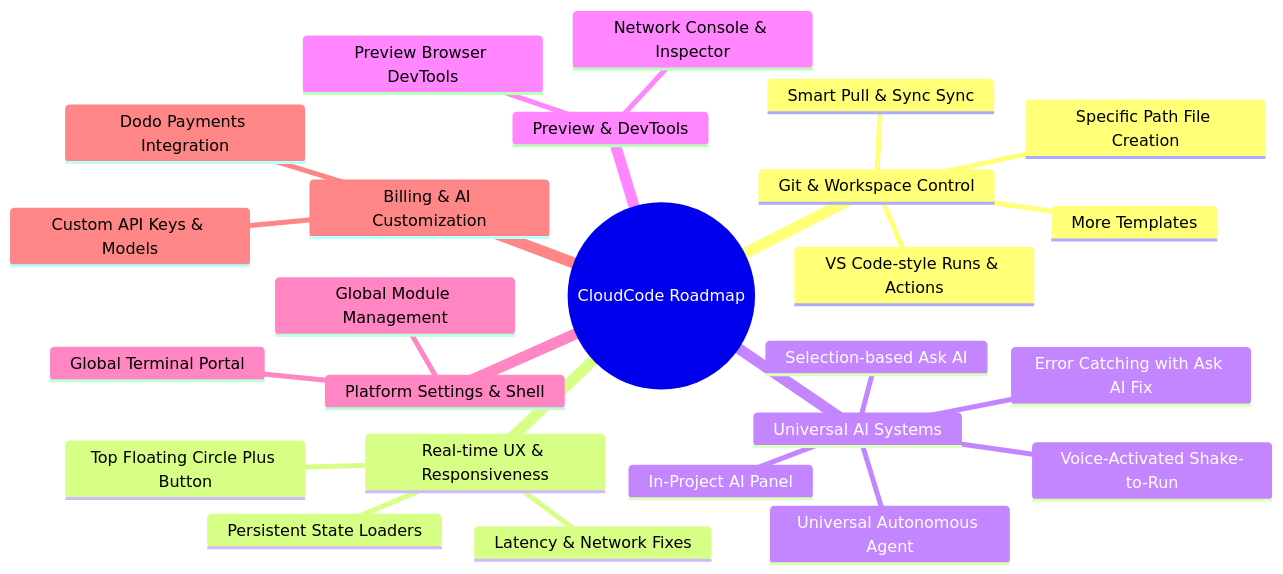
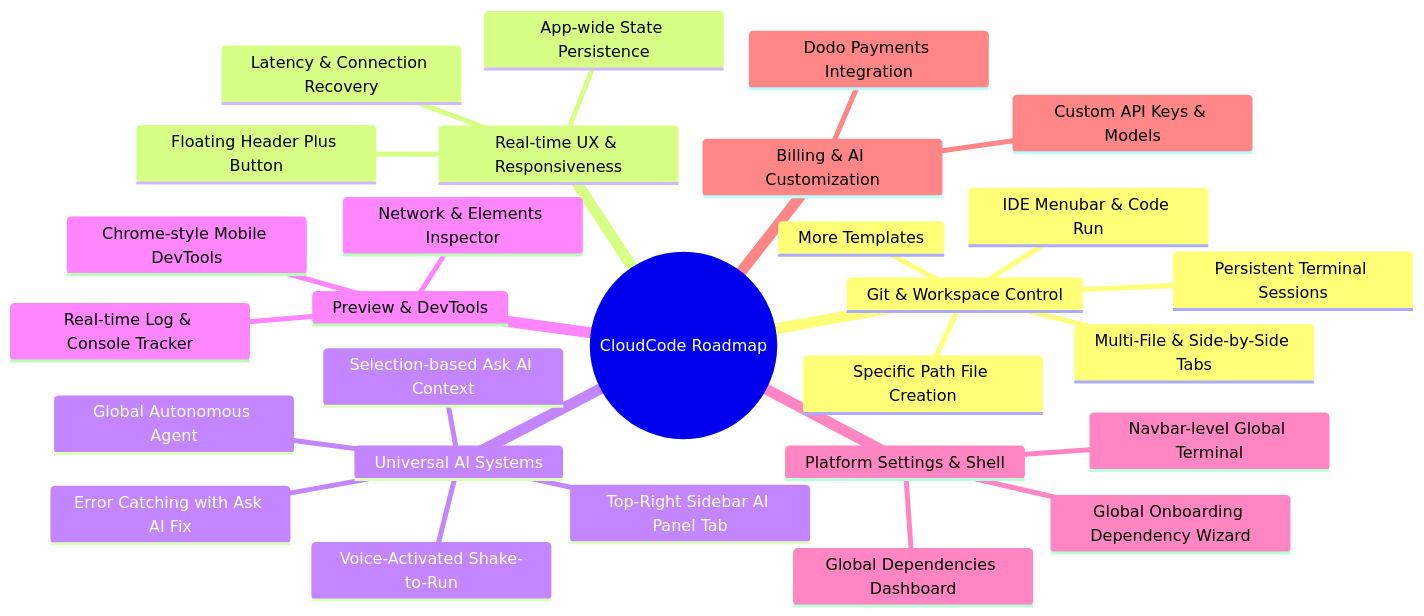
The first of 2 diagrams in upcoming_features.md (Charannsai/cloudcode), drawn with Mermaid before and after one commit. The commit also changed other lines of this file, not shown here.

Commit message:
feat: update roadmap with persistent terminal sessions, multi-file editor tabs, and global AI integration features

````diff
--- a/upcoming_features.md
+++ b/upcoming_features.md
@@ -9,28 +9,31 @@
 ```mermaid
 mindmap
   root((CloudCode Roadmap))
     Git & Workspace Control
-      Smart Pull & Sync Sync
+      Persistent Terminal Sessions
+      Multi-File & Side-by-Side Tabs
       Specific Path File Creation
       More Templates
-      VS Code-style Runs & Actions
+      IDE Menubar & Code Run
     Real-time UX & Responsiveness
-      Persistent State Loaders
-      Top Floating Circle Plus Button
-      Latency & Network Fixes
+      App-wide State Persistence
+      Floating Header Plus Button
+      Latency & Connection Recovery
     Universal AI Systems
-      Universal Autonomous Agent
-      Selection-based Ask AI
-      In-Project AI Panel
+      Global Autonomous Agent
+      Selection-based Ask AI Context
+      Top-Right Sidebar AI Panel Tab
       Error Catching with Ask AI Fix
       Voice-Activated Shake-to-Run
     Preview & DevTools
-      Preview Browser DevTools
-      Network Console & Inspector
+      Chrome-style Mobile DevTools
+      Real-time Log & Console Tracker
+      Network & Elements Inspector
     Platform Settings & Shell
-      Global Module Management
-      Global Terminal Portal
+      Global Onboarding Dependency Wizard
+      Global Dependencies Dashboard
+      Navbar-level Global Terminal
     Billing & AI Customization
       Dodo Payments Integration
       Custom API Keys & Models
 ```
````
